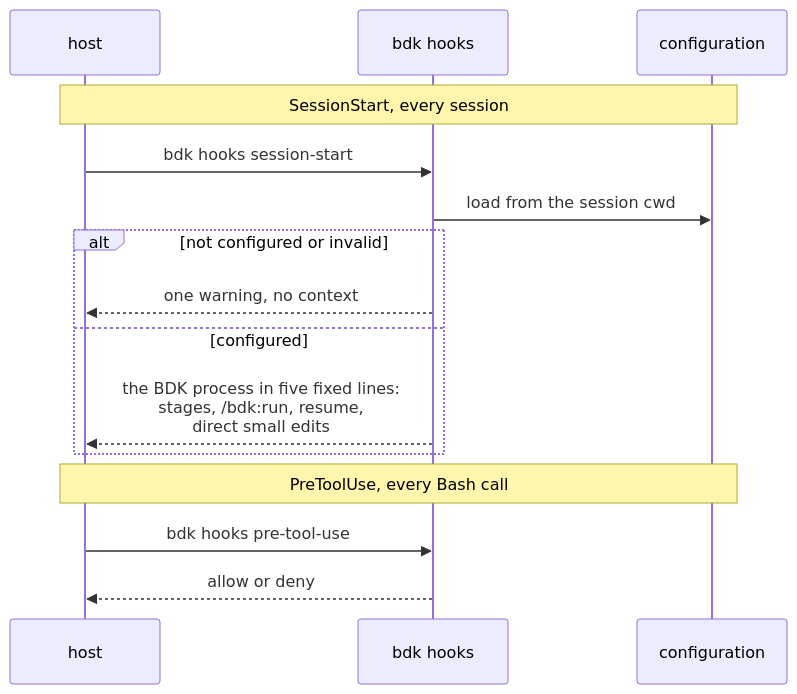
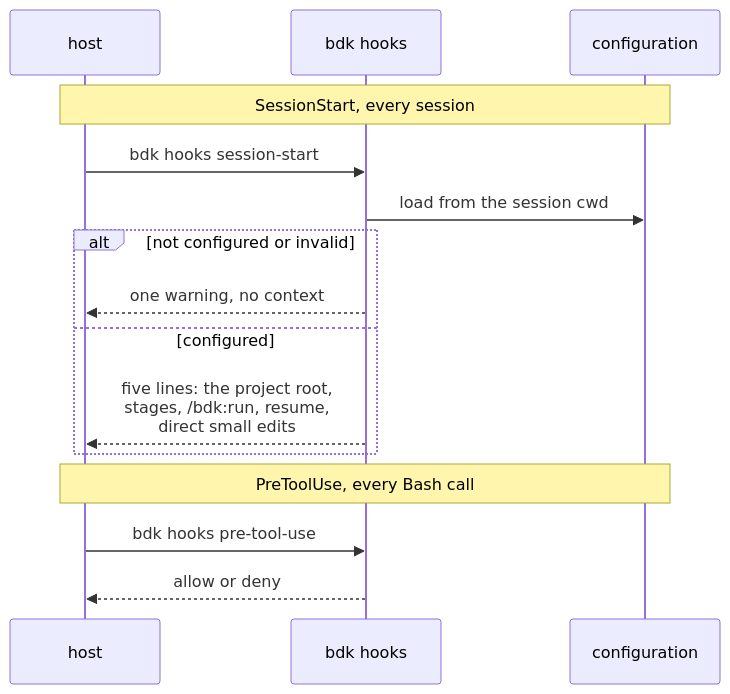
One commit to broneq/bdk changed the fifth of 6 diagrams in docs/concepts/cli-config-hooks.md. Above: the diagram before and after it, drawn with Mermaid. The commit also changed other lines of this file and 14 other files, not shown here.

First line of the commit message:
docs(concepts): bring the diagrams up to date with the skills

````diff
--- a/docs/concepts/cli-config-hooks.md
+++ b/docs/concepts/cli-config-hooks.md
@@ -155,17 +156,17 @@
 ```mermaid
 sequenceDiagram
   participant H as host
   participant B as bdk hooks
   participant C as configuration
   Note over H,C: SessionStart, every session
   H->>B: bdk hooks session-start
   B->>C: load from the session cwd
   alt not configured or invalid
     B-->>H: one warning, no context
   else configured
-    B-->>H: the BDK process in five fixed lines:<br/>stages, /bdk:run, resume,<br/>direct small edits
+    B-->>H: five lines: the project root,<br/>stages, /bdk:run, resume,<br/>direct small edits
   end
   Note over H,C: PreToolUse, every Bash call
   H->>B: bdk hooks pre-tool-use
   B-->>H: allow or deny
 ```
````
